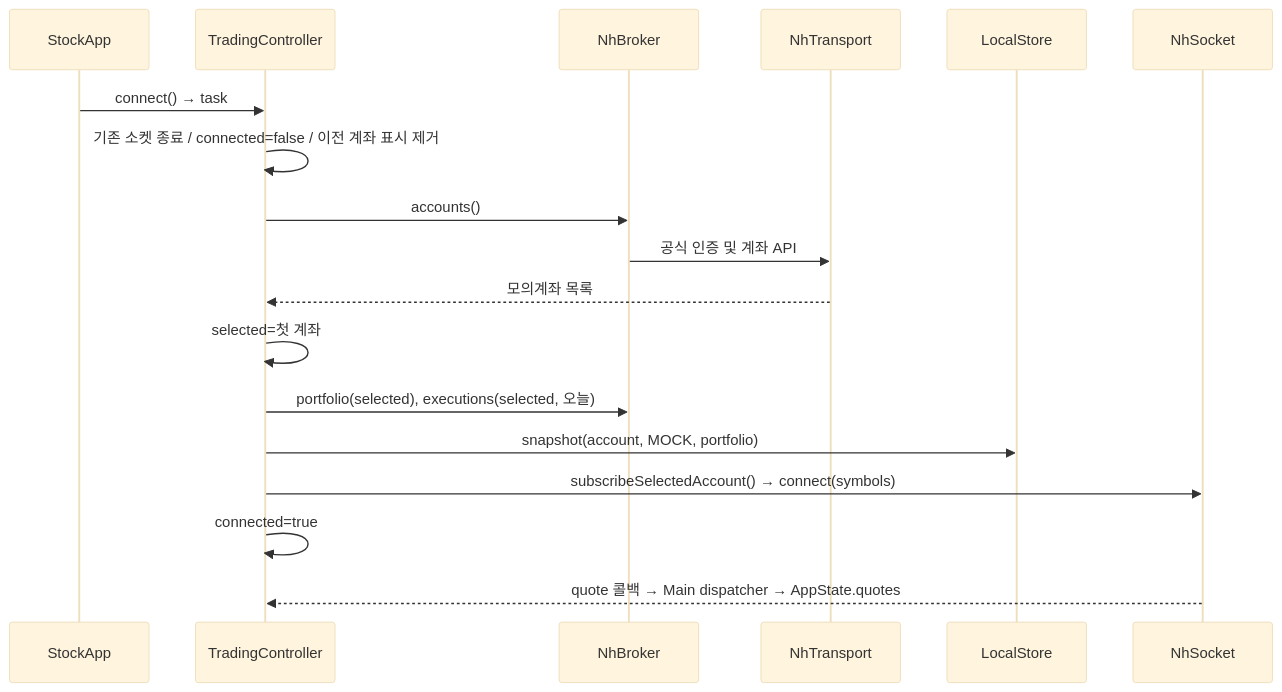
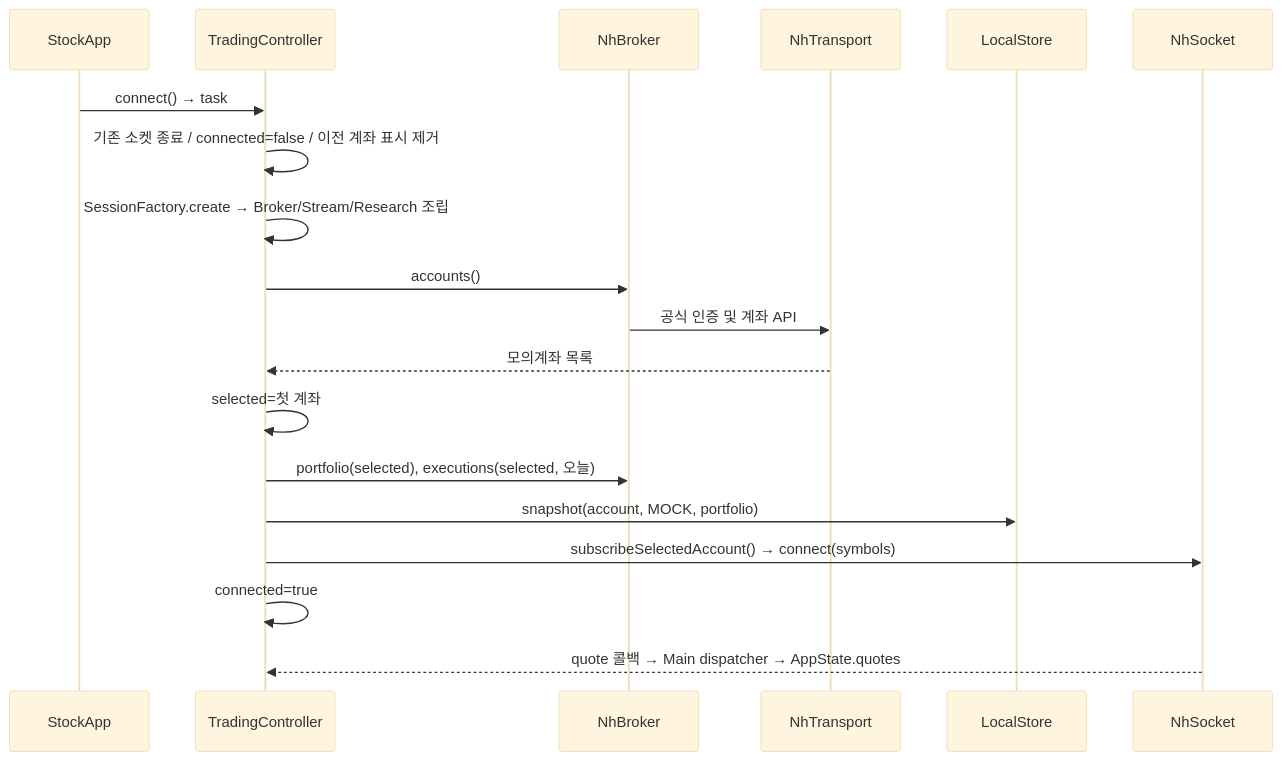
Before and after one commit to sinpie/StockNHPlug: the second of 3 diagrams in docs/CODE_FLOW.md, drawn with Mermaid (base theme). The commit also changed other lines of this file and 40 other files, not shown here.

Commit message:
Separate replaceable broker, research, strategy and storage ports

````diff
--- a/docs/CODE_FLOW.md
+++ b/docs/CODE_FLOW.md
@@ -42,20 +42,21 @@
 ```mermaid
 sequenceDiagram
     participant UI as StockApp
     participant C as TradingController
     participant B as NhBroker
     participant T as NhTransport
     participant L as LocalStore
     participant W as NhSocket
     UI->>C: connect() → task
     C->>C: 기존 소켓 종료 / connected=false / 이전 계좌 표시 제거
+    C->>C: SessionFactory.create → Broker/Stream/Research 조립
     C->>B: accounts()
     B->>T: 공식 인증 및 계좌 API
     T-->>C: 모의계좌 목록
     C->>C: selected=첫 계좌
     C->>B: portfolio(selected), executions(selected, 오늘)
     C->>L: snapshot(account, MOCK, portfolio)
     C->>W: subscribeSelectedAccount() → connect(symbols)
     C->>C: connected=true
     W-->>C: quote 콜백 → Main dispatcher → AppState.quotes
 ```
````
